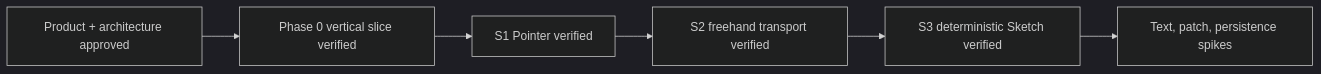
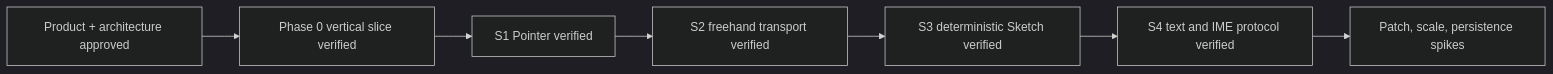
The diagram in docs/.state.md (deweyou/node-ink), drawn with Mermaid (dark theme) before and after one commit. The commit also changed other lines of this file and 21 other files, not shown here.

Commit message:
feat: add text measurement and IME spike

````diff
--- a/docs/.state.md
+++ b/docs/.state.md
@@ -3,8 +3,9 @@
 ```mermaid
 flowchart LR
     Design["Product + architecture approved"] --> Slice["Phase 0 vertical slice verified"]
     Slice --> Pointer["S1 Pointer verified"]
     Pointer --> Stroke["S2 freehand transport verified"]
     Stroke --> Sketch["S3 deterministic Sketch verified"]
-    Sketch --> Spikes["Text, patch, persistence spikes"]
+    Sketch --> Text["S4 text and IME protocol verified"]
+    Text --> Spikes["Patch, scale, persistence spikes"]
 ```
````
